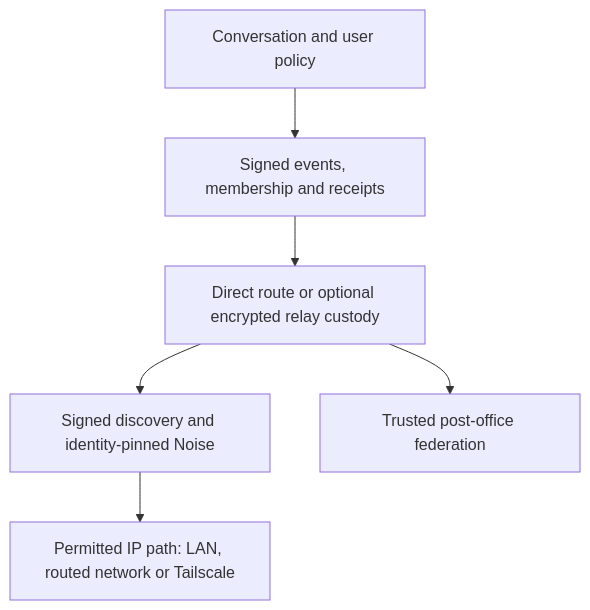
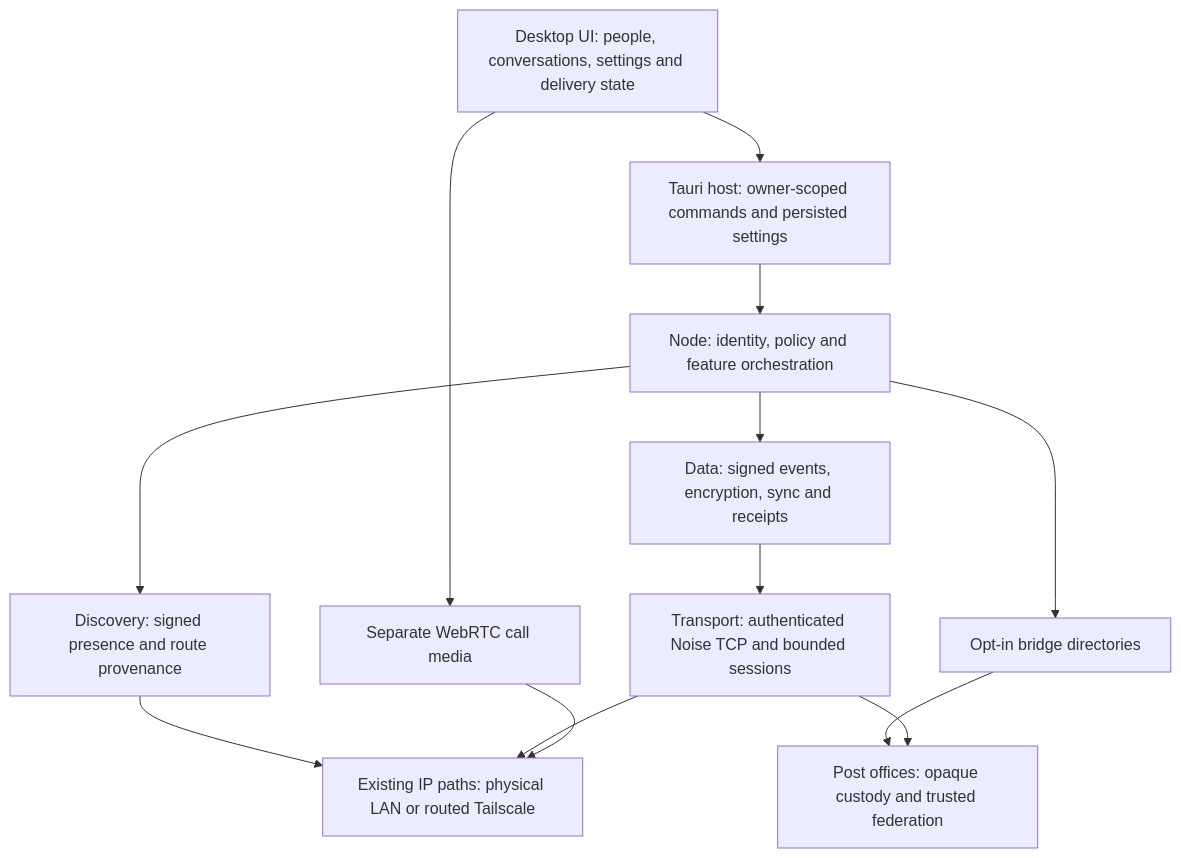
One commit to OctopusGarage/mesh-talk changed the first of 43 diagrams in docs/network-design-reference.md. Above: the diagram before and after it, drawn with Mermaid. The commit also changed other lines of this file and 5 other files, not shown here.

First line of the commit message:
docs(network): establish communication architecture baseline

````diff
--- a/docs/network-design-reference.md
+++ b/docs/network-design-reference.md
@@ -90,8 +43,22 @@
 ```mermaid
 flowchart TB
-  UX[Conversation and user policy] --> EVENT[Signed events, membership and receipts]
-  EVENT --> ROUTE[Direct route or optional encrypted relay custody]
-  ROUTE --> AUTH[Signed discovery and identity-pinned Noise]
-  AUTH --> IP[Permitted IP path: LAN, routed network or Tailscale]
-  ROUTE --> FED[Trusted post-office federation]
+  UI[Desktop UI: people, conversations, settings and delivery state]
+  HOST[Tauri host: owner-scoped commands and persisted settings]
+  CORE[Node: identity, policy and feature orchestration]
+  DISC[Discovery: signed presence and route provenance]
+  DATA[Data: signed events, encryption, sync and receipts]
+  SESS[Transport: authenticated Noise TCP and bounded sessions]
+  DIR[Opt-in bridge directories]
+  PO[Post offices: opaque custody and trusted federation]
+  IP[Existing IP paths: physical LAN or routed Tailscale]
+  RTC[Separate WebRTC call media]
+  UI --> HOST --> CORE
+  CORE --> DISC
+  CORE --> DATA --> SESS
+  CORE --> DIR
+  DIR --> PO
+  SESS --> PO
+  DISC --> IP
+  SESS --> IP
+  UI --> RTC --> IP
 ```
````
